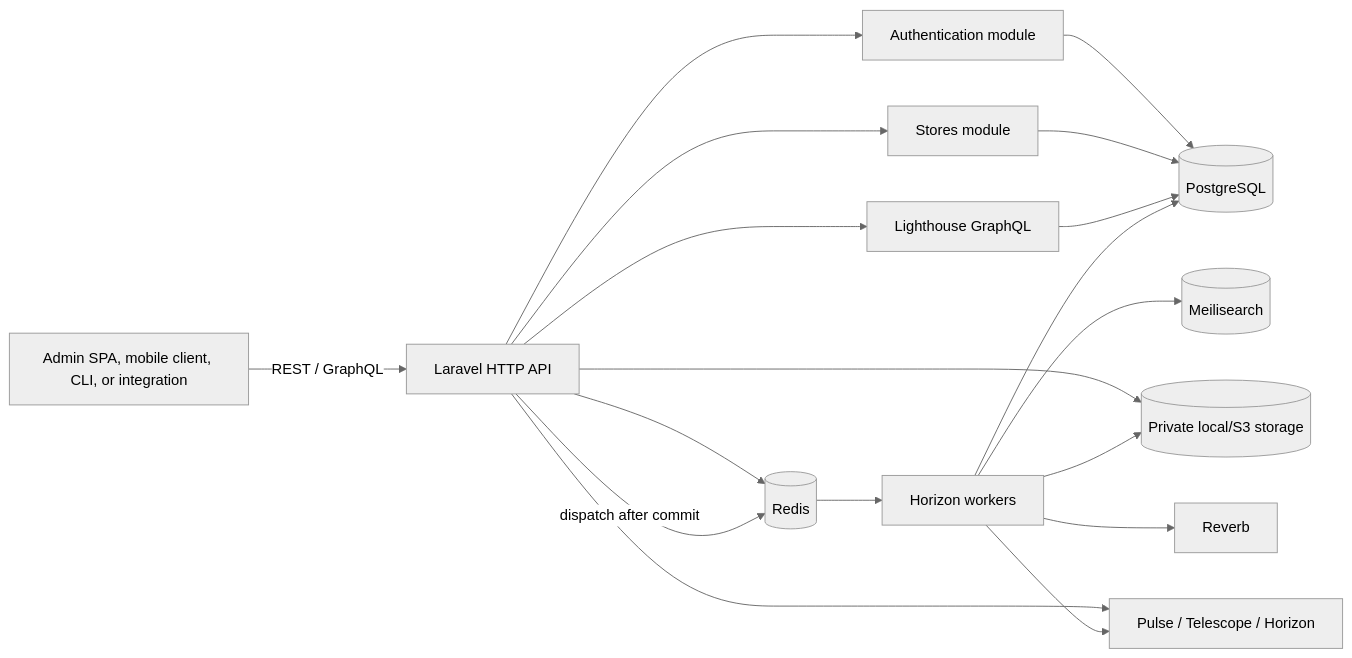
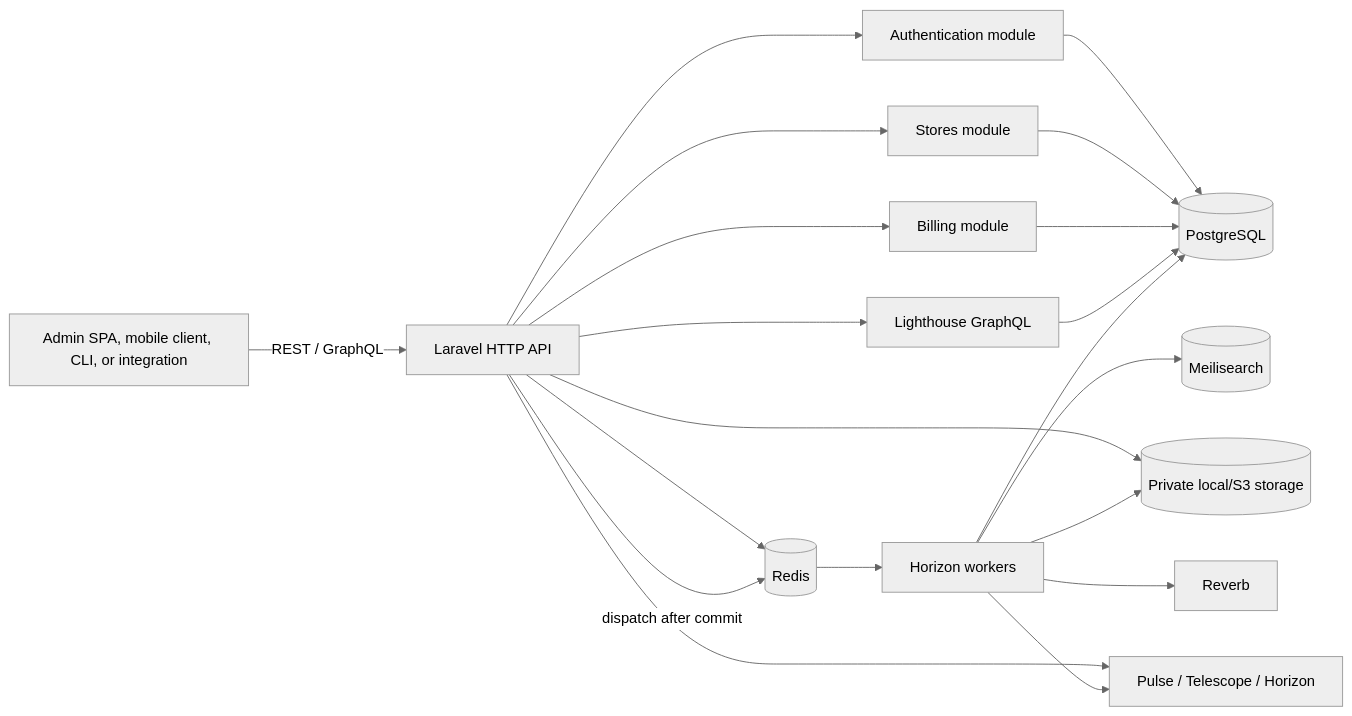
One commit to fzeeso/shopnxebk changed the first of 5 diagrams in docs/developer-guide.md. Above: the diagram before and after it, drawn with Mermaid (neutral theme). The commit also changed other lines of this file and 55 other files, not shown here.

````diff
--- a/docs/developer-guide.md
+++ b/docs/developer-guide.md
@@ -11,33 +11,36 @@
 ```mermaid
 flowchart LR
     Client["Admin SPA, mobile client, CLI, or integration"]
     HTTP["Laravel HTTP API"]
     Auth["Authentication module"]
     Store["Stores module"]
+    Billing["Billing module"]
     GraphQL["Lighthouse GraphQL"]
     DB[("PostgreSQL")]
     Redis[("Redis")]
     Search[("Meilisearch")]
     Files[("Private local/S3 storage")]
     Queue["Horizon workers"]
     Reverb["Reverb"]
     Ops["Pulse / Telescope / Horizon"]
 
     Client -->|"REST / GraphQL"| HTTP
     HTTP --> Auth
     HTTP --> Store
+    HTTP --> Billing
     HTTP --> GraphQL
     Auth --> DB
     Store --> DB
+    Billing --> DB
     GraphQL --> DB
     HTTP --> Redis
     HTTP --> Files
     HTTP -->|"dispatch after commit"| Redis
     Redis --> Queue
     Queue --> DB
     Queue --> Search
     Queue --> Files
     Queue --> Reverb
     HTTP --> Ops
     Queue --> Ops
 ```
````
